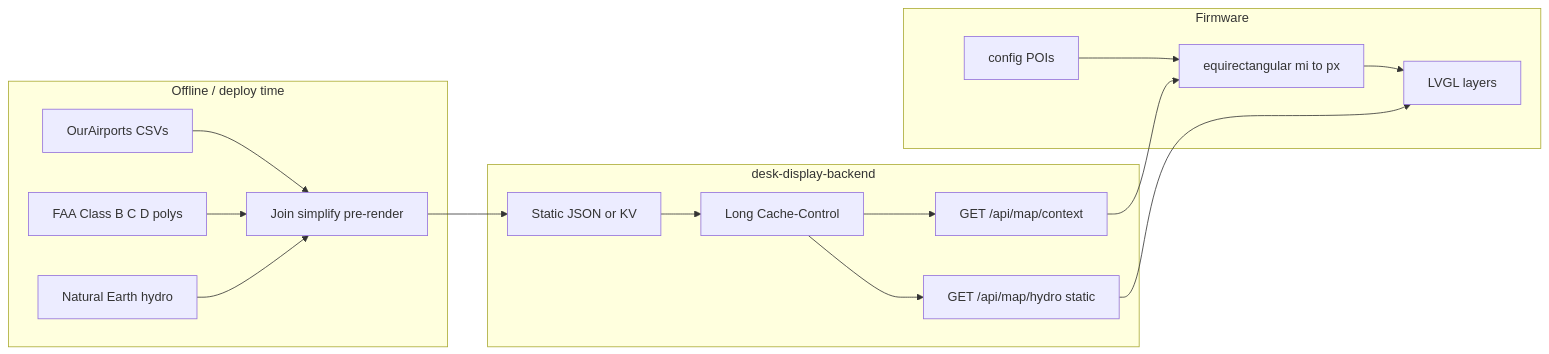
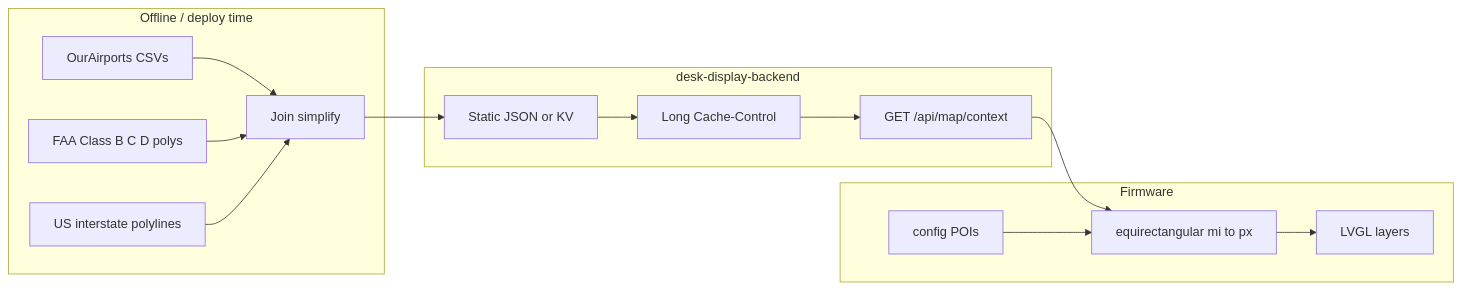
Before and after one commit to astrocling/desk-display-firmware: the diagram in docs/superpowers/specs/2026-07-24-radar-map-overlays-design.md, drawn with Mermaid. The commit also changed other lines of this file and 13 other files, not shown here.

First line of the commit message:
feat: draw airspace shelves and interstate highways on radar

````diff
--- a/docs/superpowers/specs/2026-07-24-radar-map-overlays-design.md
+++ b/docs/superpowers/specs/2026-07-24-radar-map-overlays-design.md
@@ -38,31 +41,28 @@
 ```mermaid
 flowchart LR
   subgraph offline [Offline / deploy time]
     OA[OurAirports CSVs]
     FAA[FAA Class B C D polys]
-    NE[Natural Earth hydro]
-    Build[Join simplify pre-render]
+    NTA[US interstate polylines]
+    Build[Join simplify]
   end
   subgraph backend [desk-display-backend]
     Static[Static JSON or KV]
     CDN[Long Cache-Control]
     EpMap["GET /api/map/context"]
-    EpHydro["GET /api/map/hydro static"]
   end
   subgraph device [Firmware]
     ConfigPOIs[config POIs]
     Proj[equirectangular mi to px]
     Draw[LVGL layers]
   end
   OA --> Build
   FAA --> Build
-  NE --> Build
+  NTA --> Build
   Build --> Static
   Static --> CDN
   CDN --> EpMap
-  CDN --> EpHydro
   EpMap --> Proj
   ConfigPOIs --> Proj
   Proj --> Draw
-  EpHydro --> Draw
 ```
````
